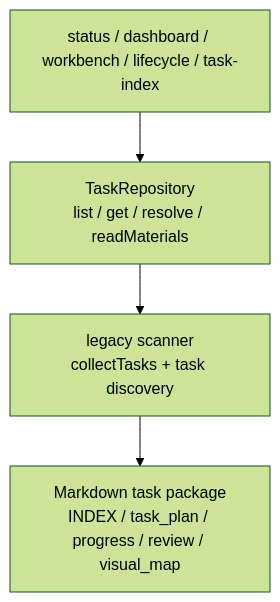
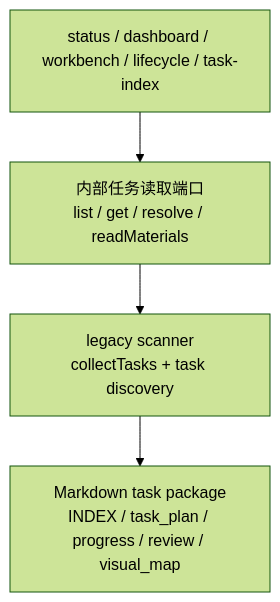
One commit to FairladyZ625/coding-agent-harness changed the fourth of 7 diagrams in docs-release/architecture/system-explainer/02-module-dependency.md. Above: the diagram before and after it, drawn with Mermaid (forest theme). The commit also changed other lines of this file and 8 other files, not shown here.

Commit message:
docs(architecture): align release docs with retired package surface

````diff
--- a/docs-release/architecture/system-explainer/02-module-dependency.md
+++ b/docs-release/architecture/system-explainer/02-module-dependency.md
@@ -69,11 +69,11 @@
 ```mermaid
 flowchart TD
   Consumer["status / dashboard / workbench / lifecycle / task-index"]
-  Repo["TaskRepository\nlist / get / resolve / readMaterials"]
+  Repo["内部任务读取端口\nlist / get / resolve / readMaterials"]
   Scanner["legacy scanner\ncollectTasks + task discovery"]
   Files["Markdown task package\nINDEX / task_plan / progress / review / visual_map"]
 
   Consumer --> Repo
   Repo --> Scanner
   Scanner --> Files
 ```
````
